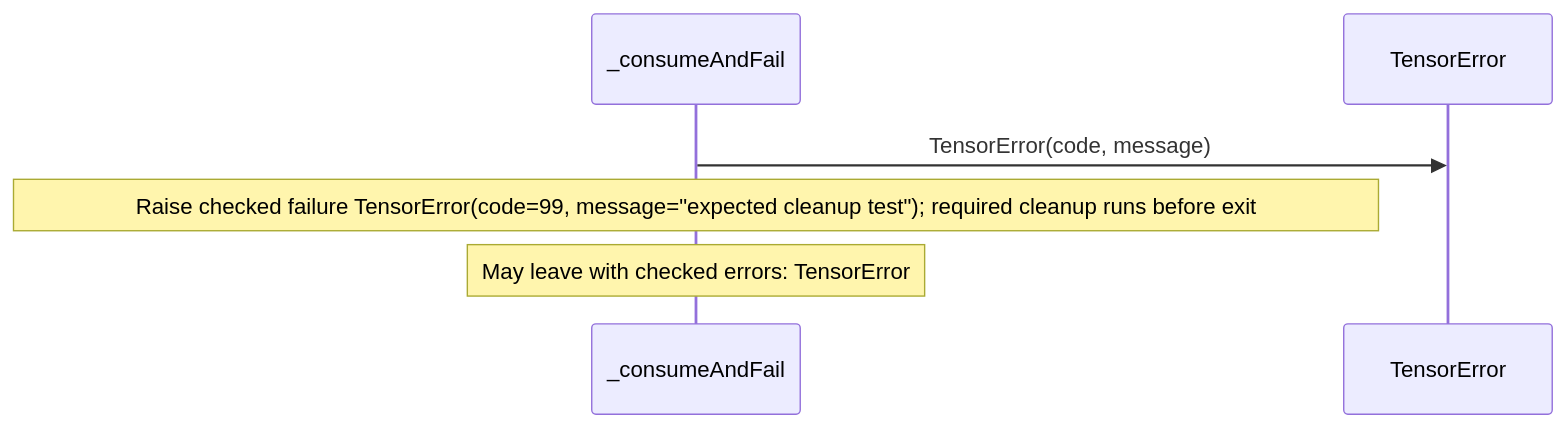
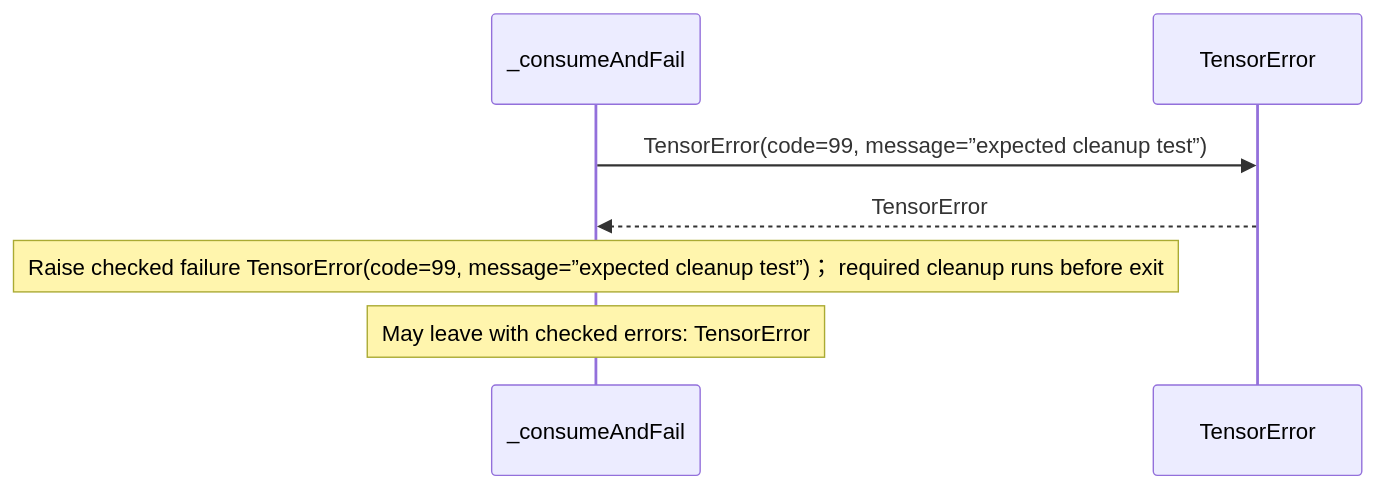
The seventh of 8 diagrams in docs/examples/native-pytorch/dependencies/packages/@greenpandastudios/aug-pytorch/0.1.6/api-diagrams.md (GreenPandaStudios/augscript), drawn with Mermaid before and after one commit. The commit also changed other lines of this file and 524 other files, not shown here.

Commit message:
Explain checked data flow at folder and service levels

````diff
--- a/docs/examples/native-pytorch/dependencies/packages/@greenpandastudios/aug-pytorch/0.1.6/api-diagrams.md
+++ b/docs/examples/native-pytorch/dependencies/packages/@greenpandastudios/aug-pytorch/0.1.6/api-diagrams.md
@@ -228,8 +193,9 @@
 ```mermaid
 sequenceDiagram
     participant p0 as _consumeAndFail
     participant p1 as TensorError
-    p0->>p1: TensorError(code, message)
-    Note over p0: Raise checked failure TensorError(code=99, message=#34;expected cleanup test#34;)#59; required cleanup runs before exit
+    p0->>p1: TensorError(code=99, message=”expected cleanup test”)
+    p1-->>p0: TensorError
+    Note over p0: Raise checked failure TensorError(code=99, message=”expected cleanup test”)； required cleanup runs before exit
     Note over p0: May leave with checked errors: TensorError
 ```
````
